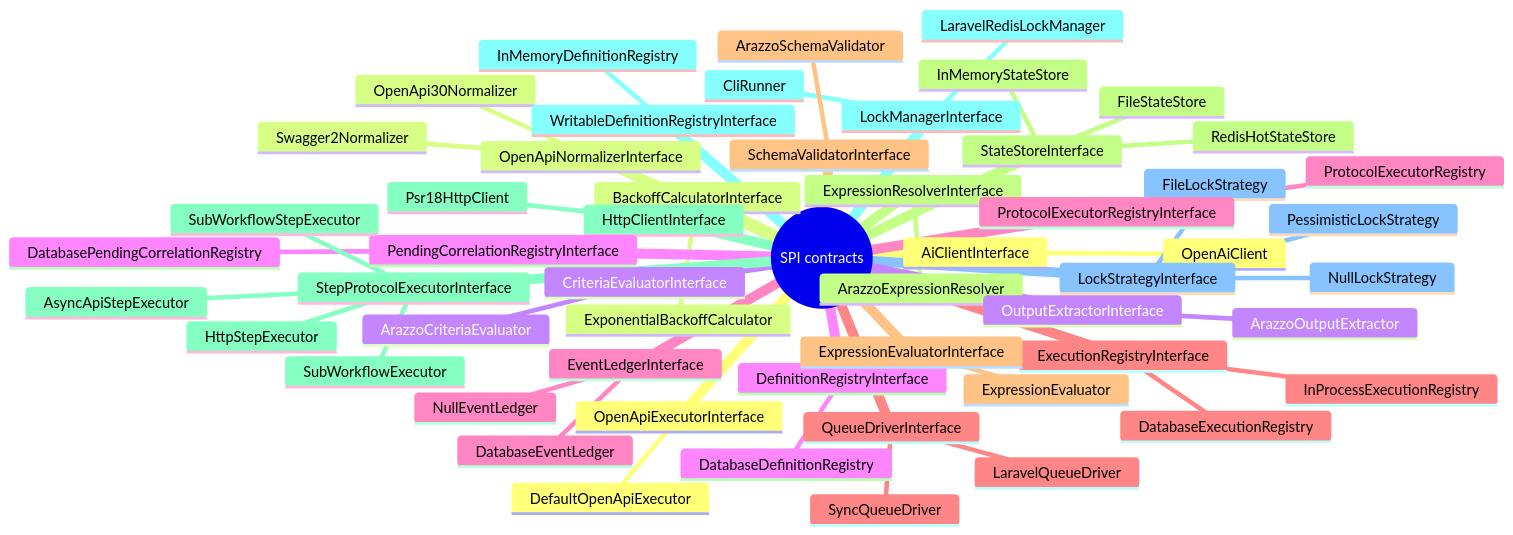
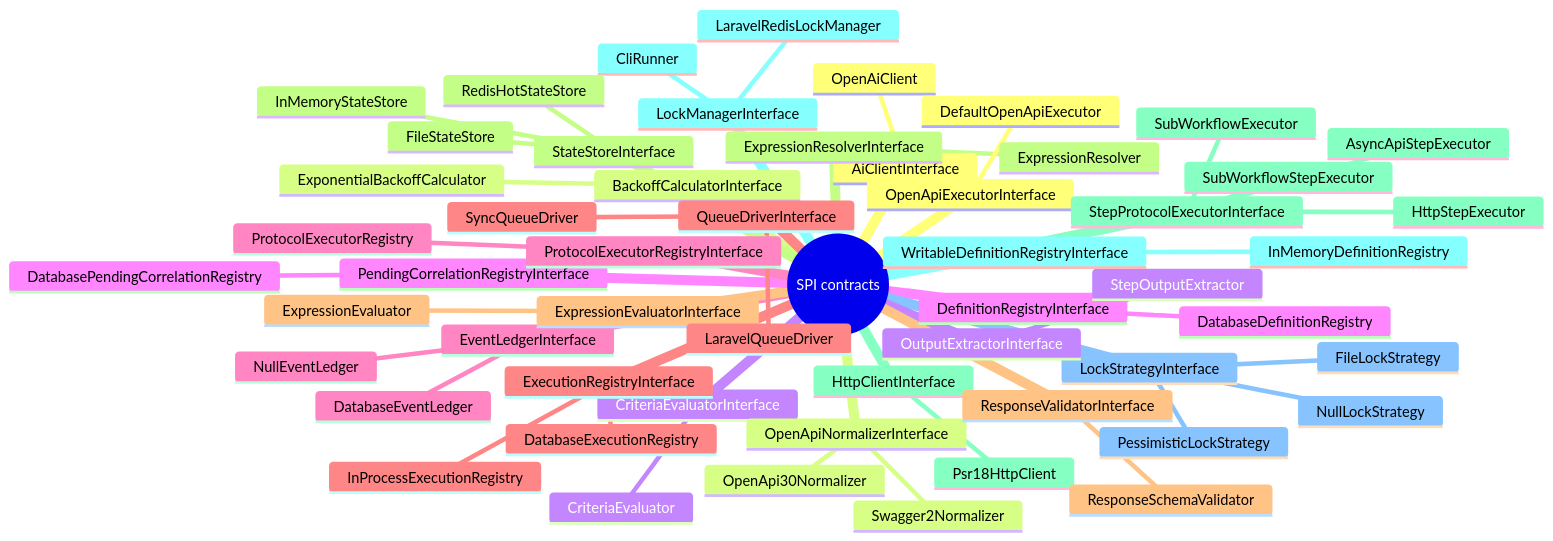
The diagram in docs/generated/extension-points.md (Mohammed-Alama/php-arazzo), drawn with Mermaid before and after one commit. The commit also changed other lines of this file and 161 other files, not shown here.

````diff
--- a/docs/generated/extension-points.md
+++ b/docs/generated/extension-points.md
@@ -12,58 +12,58 @@
 ```mermaid
 mindmap
   root((SPI contracts))
     AiClientInterface
       OpenAiClient
     BackoffCalculatorInterface
       ExponentialBackoffCalculator
     CriteriaEvaluatorInterface
-      ArazzoCriteriaEvaluator
+      CriteriaEvaluator
     DefinitionRegistryInterface
       DatabaseDefinitionRegistry
     EventLedgerInterface
       NullEventLedger
       DatabaseEventLedger
     ExecutionRegistryInterface
       InProcessExecutionRegistry
       DatabaseExecutionRegistry
     ExpressionEvaluatorInterface
       ExpressionEvaluator
     ExpressionResolverInterface
-      ArazzoExpressionResolver
+      ExpressionResolver
     HttpClientInterface
       Psr18HttpClient
     LockManagerInterface
       CliRunner
       LaravelRedisLockManager
     LockStrategyInterface
       FileLockStrategy
       NullLockStrategy
       PessimisticLockStrategy
     OpenApiExecutorInterface
       DefaultOpenApiExecutor
     OpenApiNormalizerInterface
       Swagger2Normalizer
       OpenApi30Normalizer
     OutputExtractorInterface
-      ArazzoOutputExtractor
+      StepOutputExtractor
     PendingCorrelationRegistryInterface
       DatabasePendingCorrelationRegistry
     ProtocolExecutorRegistryInterface
       ProtocolExecutorRegistry
     QueueDriverInterface
       SyncQueueDriver
       LaravelQueueDriver
-    SchemaValidatorInterface
-      ArazzoSchemaValidator
+    ResponseValidatorInterface
+      ResponseSchemaValidator
     StateStoreInterface
       FileStateStore
       InMemoryStateStore
       RedisHotStateStore
     StepProtocolExecutorInterface
       HttpStepExecutor
       SubWorkflowExecutor
       AsyncApiStepExecutor
       SubWorkflowStepExecutor
     WritableDefinitionRegistryInterface
       InMemoryDefinitionRegistry
 ```
````
